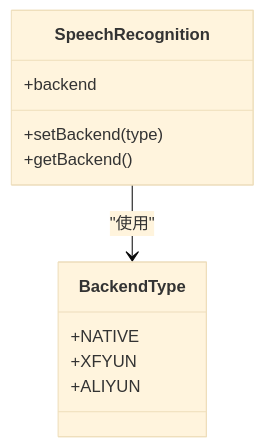
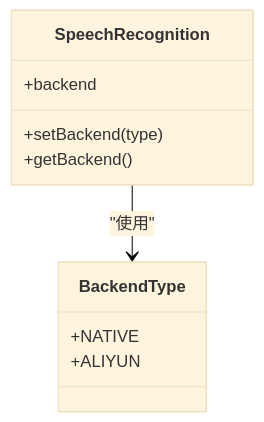
One commit to db300/MySpeechRecognition changed the third of 11 diagrams in .qoder/repowiki/zh/content/语音识别模块详解/多后端管理机制.md. Above: the diagram before and after it, drawn with Mermaid (base theme). The commit also changed other lines of this file and 26 other files, not shown here.

````diff
--- a/.qoder/repowiki/zh/content/语音识别模块详解/多后端管理机制.md
+++ b/.qoder/repowiki/zh/content/语音识别模块详解/多后端管理机制.md
@@ -133,14 +158,13 @@
 ```mermaid
 classDiagram
 class SpeechRecognition {
 +backend
 +setBackend(type)
 +getBackend()
 }
 class BackendType {
 +NATIVE
-+XFYUN
 +ALIYUN
 }
 SpeechRecognition --> BackendType : "使用"
 ```
````
